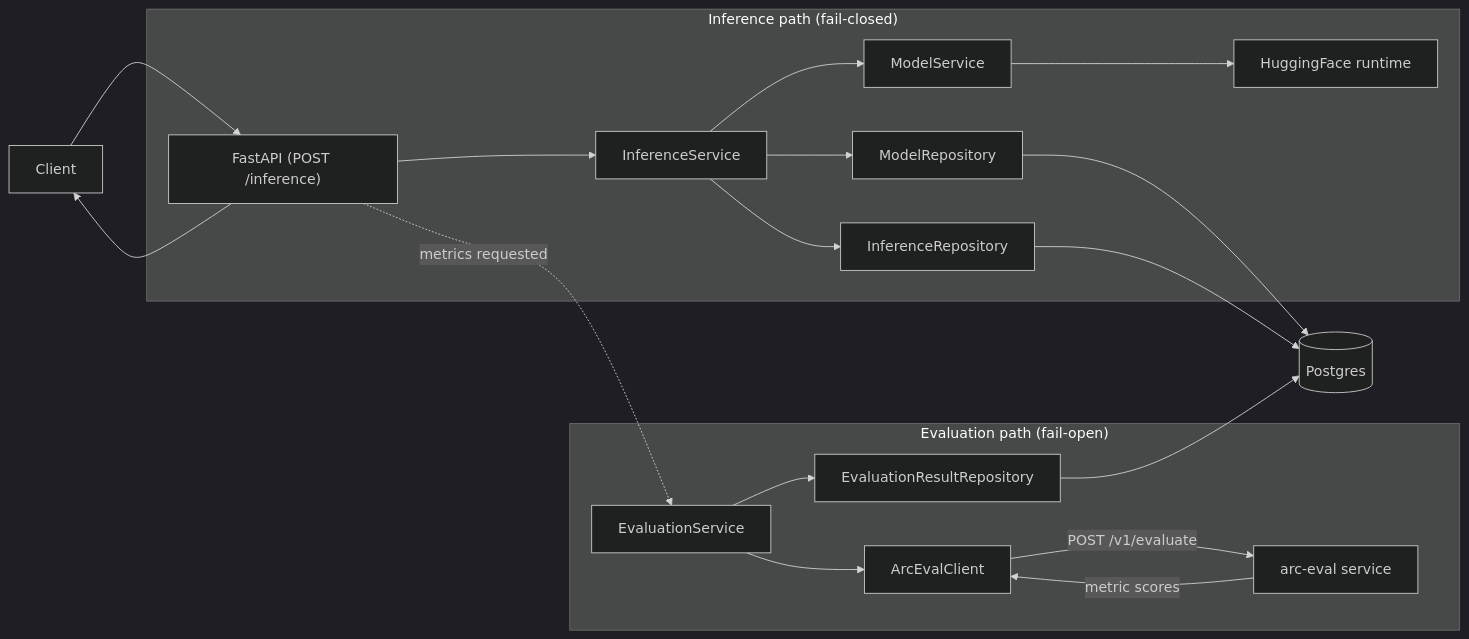
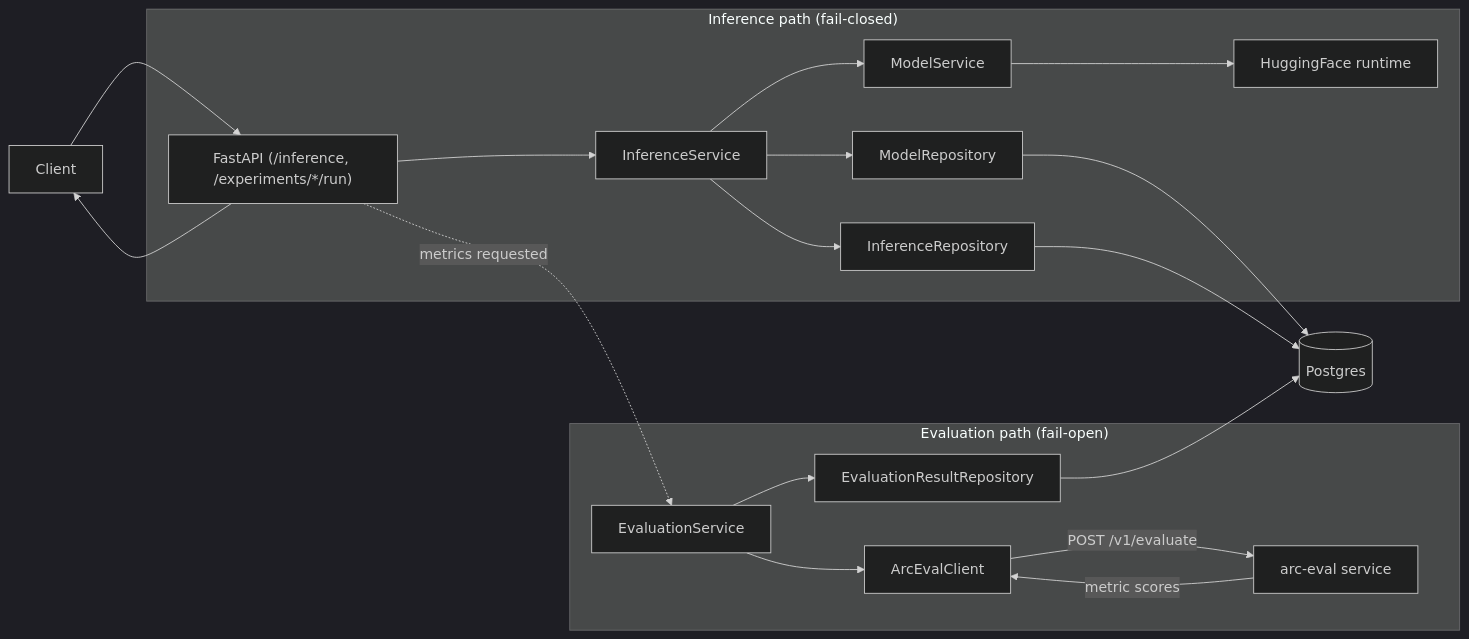
One commit to DimitarAtanassov/arc-model-lab changed the first of 5 diagrams in docs/dataflow.md. Above: the diagram before and after it, drawn with Mermaid (dark theme). The commit also changed other lines of this file and 21 other files, not shown here.

````diff
--- a/docs/dataflow.md
+++ b/docs/dataflow.md
@@ -22,25 +24,25 @@
 ```mermaid
 flowchart LR
-    Client[Client] --> API["FastAPI (POST /inference)"]
+    Client[Client] --> API["FastAPI (/inference, /experiments/*/run)"]
 
     subgraph inf ["Inference path (fail-closed)"]
         API --> InfSvc[InferenceService]
         InfSvc --> ModelRepo[ModelRepository]
         InfSvc --> MS[ModelService]
         MS --> HF[HuggingFace runtime]
         InfSvc --> InfRepo[InferenceRepository]
     end
 
     subgraph ev ["Evaluation path (fail-open)"]
         API -. "metrics requested" .-> EvalSvc[EvaluationService]
         EvalSvc --> AEC[ArcEvalClient]
         AEC -->|"POST /v1/evaluate"| Arc[arc-eval service]
         Arc -->|metric scores| AEC
         EvalSvc --> EvalRepo[EvaluationResultRepository]
     end
 
     ModelRepo --> DB[(Postgres)]
     InfRepo --> DB
     EvalRepo --> DB
     API --> Client
 ```
````
